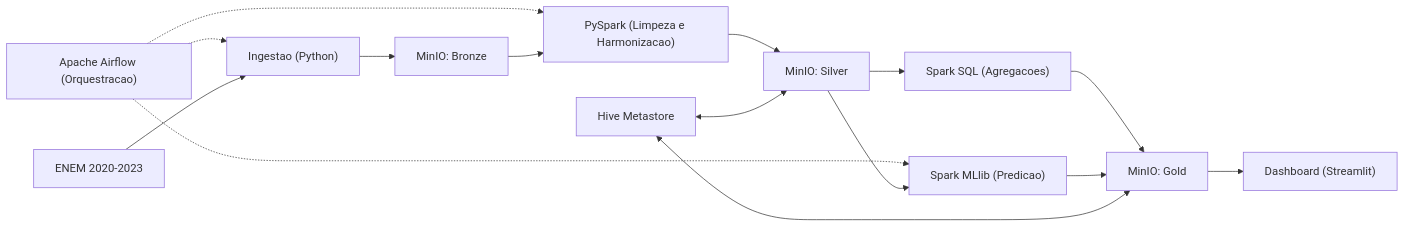
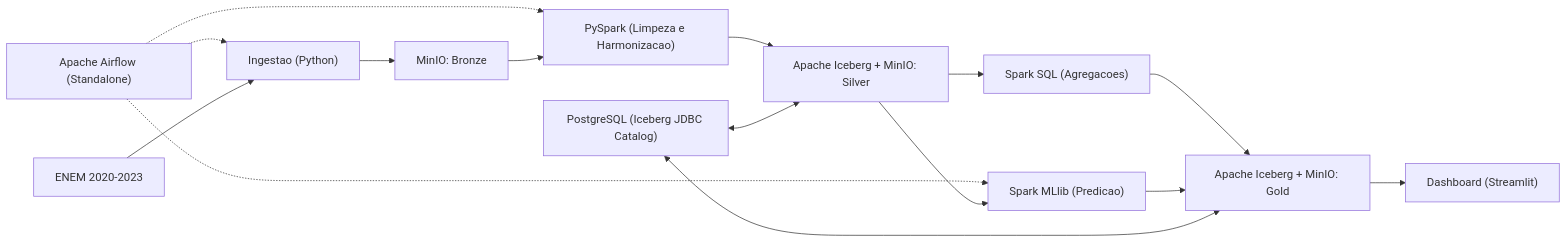
Before and after one commit to gustavocosta2/dados-massivos: the diagram in README.md, drawn with Mermaid. The commit also changed other lines of this file and 9 other files, not shown here.

Commit message:
🔧 chore(infra): migrar catalogo para apache iceberg e adicionar airflow standalone

````diff
--- a/README.md
+++ b/README.md
@@ -21,14 +21,14 @@
 ```mermaid
 flowchart LR
-    AF["Apache Airflow (Orquestracao)"] -.-> ING & SPK & ML
+    AF["Apache Airflow (Standalone)"] -.-> ING & SPK & ML
 
     INEP["ENEM 2020-2023"] --> ING["Ingestao (Python)"]
     ING --> BRZ["MinIO: Bronze"]
     BRZ --> SPK["PySpark (Limpeza e Harmonizacao)"]
-    SPK --> SLV["MinIO: Silver"]
-    SLV --> SQL["Spark SQL (Agregacoes)"] --> GLD["MinIO: Gold"]
+    SPK --> SLV["Apache Iceberg + MinIO: Silver"]
+    SLV --> SQL["Spark SQL (Agregacoes)"] --> GLD["Apache Iceberg + MinIO: Gold"]
     SLV --> ML["Spark MLlib (Predicao)"] --> GLD
     GLD --> ST["Dashboard (Streamlit)"]
 
-    HIVE["Hive Metastore"] <--> SLV & GLD
+    PG["PostgreSQL (Iceberg JDBC Catalog)"] <--> SLV & GLD
 ```
````
